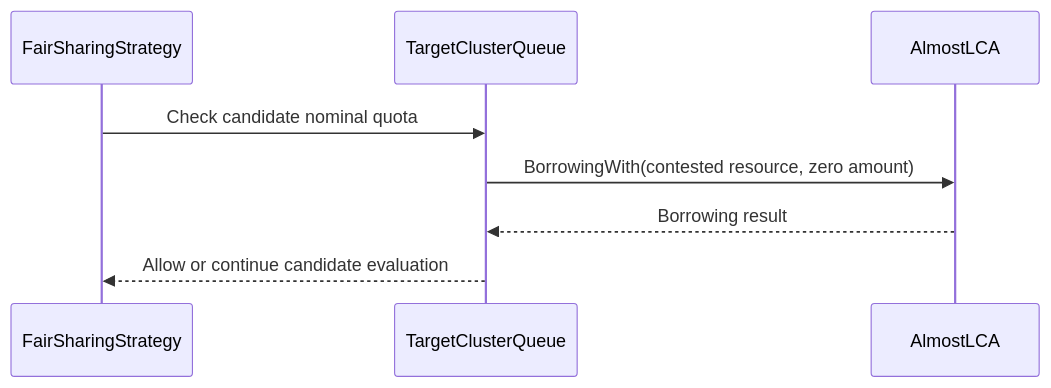
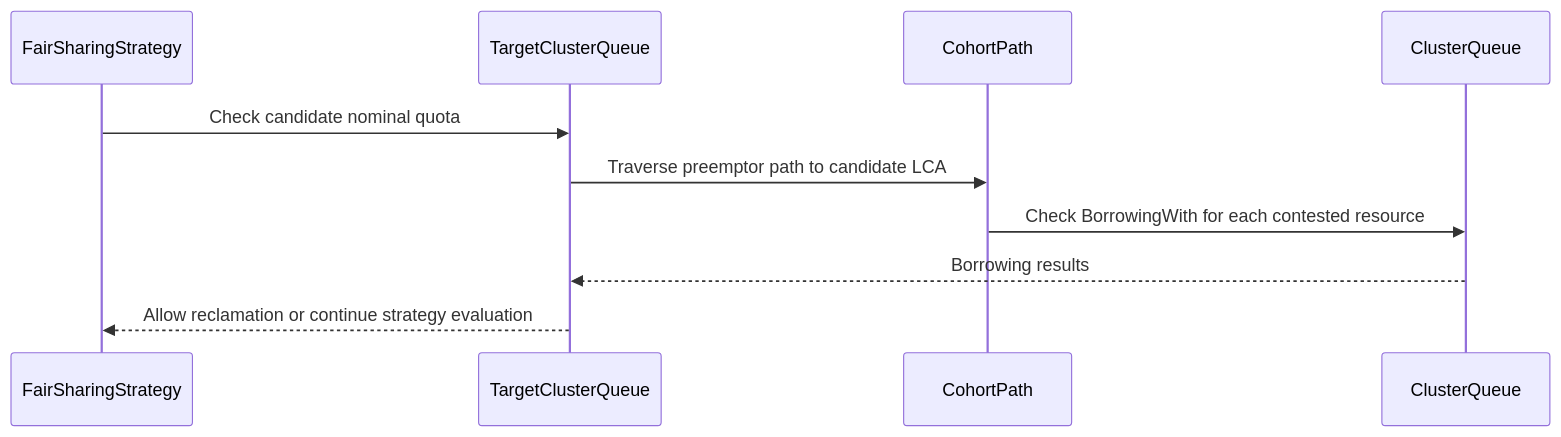
One commit to reruno/kueue-llm-wiki changed the diagram in raw/github/kubernetes-sigs__kueue/pr-13307.md. Above: the diagram before and after it, drawn with Mermaid. The commit also changed other lines of this file and 137 other files, not shown here.

````diff
--- a/raw/github/kubernetes-sigs__kueue/pr-13307.md
+++ b/raw/github/kubernetes-sigs__kueue/pr-13307.md
@@ -146,10 +132,12 @@
 ```mermaid
 sequenceDiagram
   participant FairSharingStrategy
   participant TargetClusterQueue
-  participant AlmostLCA
+  participant CohortPath
+  participant ClusterQueue
   FairSharingStrategy->>TargetClusterQueue: Check candidate nominal quota
-  TargetClusterQueue->>AlmostLCA: BorrowingWith(contested resource, zero amount)
-  AlmostLCA-->>TargetClusterQueue: Borrowing result
-  TargetClusterQueue-->>FairSharingStrategy: Allow or continue candidate evaluation
+  TargetClusterQueue->>CohortPath: Traverse preemptor path to candidate LCA
+  CohortPath->>ClusterQueue: Check BorrowingWith for each contested resource
+  ClusterQueue-->>TargetClusterQueue: Borrowing results
+  TargetClusterQueue-->>FairSharingStrategy: Allow reclamation or continue strategy evaluation
 ```
````
